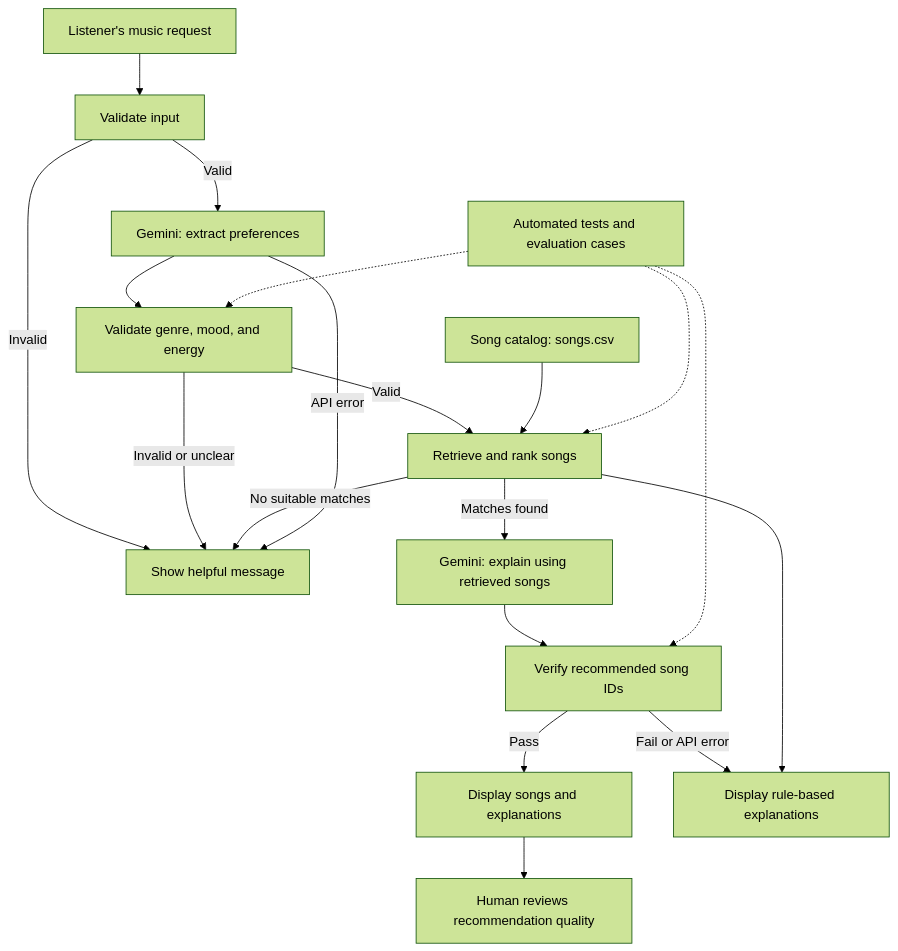
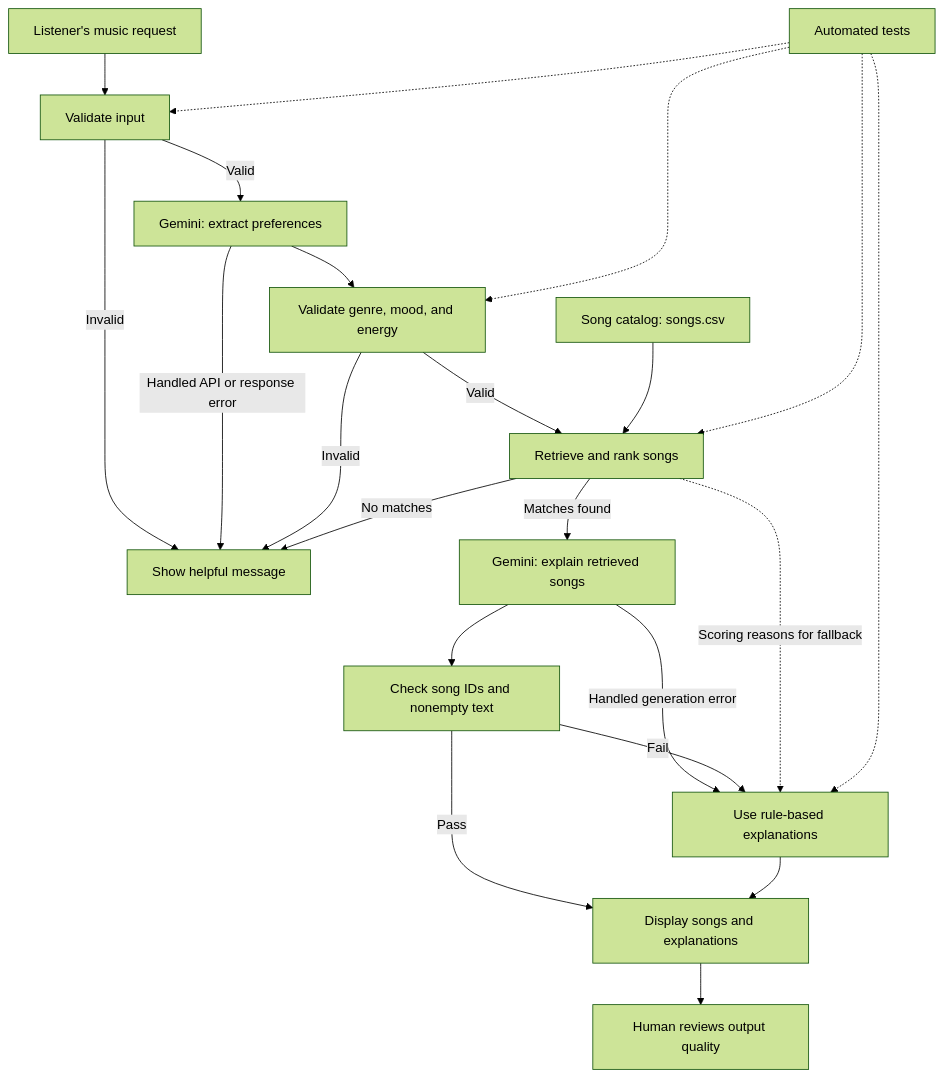
Before and after one commit to EliltaW/vibefinder-ai-playlist-assistant: the diagram in diagrams/architecture.mmd, drawn with Mermaid (forest theme).

Commit message:
docs: align architecture diagram with implemented workflow

```diff
--- a/diagrams/architecture.mmd
+++ b/diagrams/architecture.mmd
@@ -1,22 +1,25 @@
 flowchart TD
     A["Listener's music request"] --> B["Validate input"]
     B -->|Valid| C["Gemini: extract preferences"]
     B -->|Invalid| X["Show helpful message"]
 
     C --> D["Validate genre, mood, and energy"]
+    C -->|Handled API or response error| X
     D -->|Valid| E["Retrieve and rank songs"]
-    D -->|Invalid or unclear| X
+    D -->|Invalid| X
     F["Song catalog: songs.csv"] --> E
 
-    E -->|Matches found| G["Gemini: explain using retrieved songs"]
-    E -->|No suitable matches| X
-    G --> H["Verify recommended song IDs"]
+    E -->|Matches found| G["Gemini: explain retrieved songs"]
+    E -->|No matches| X
+    G --> H["Check song IDs and nonempty text"]
+    G -->|Handled generation error| J["Use rule-based explanations"]
+    H -->|Fail| J
     H -->|Pass| I["Display songs and explanations"]
-    H -->|Fail or API error| J["Display rule-based explanations"]
-    E --> J
-    C -->|API error| X
+    J --> I
+    E -.->|Scoring reasons for fallback| J
 
-    T["Automated tests and evaluation cases"] -.-> D
+    T["Automated tests"] -.-> B
+    T -.-> D
     T -.-> E
-    T -.-> H
-    I --> U["Human reviews recommendation quality"]
+    T -.-> J
+    I --> U["Human reviews output quality"]
```
